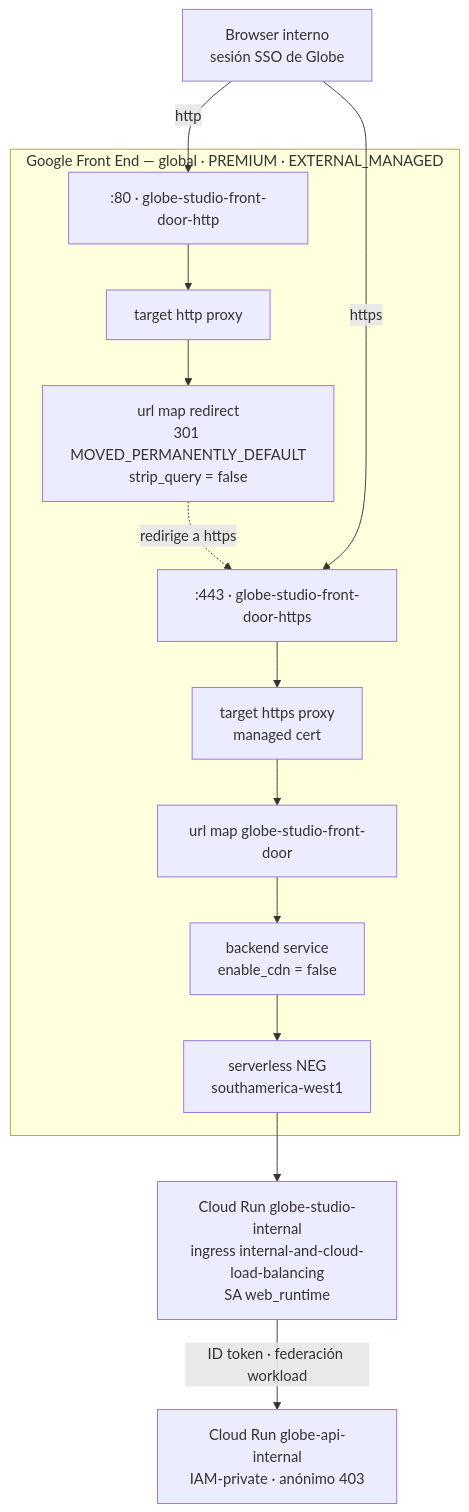
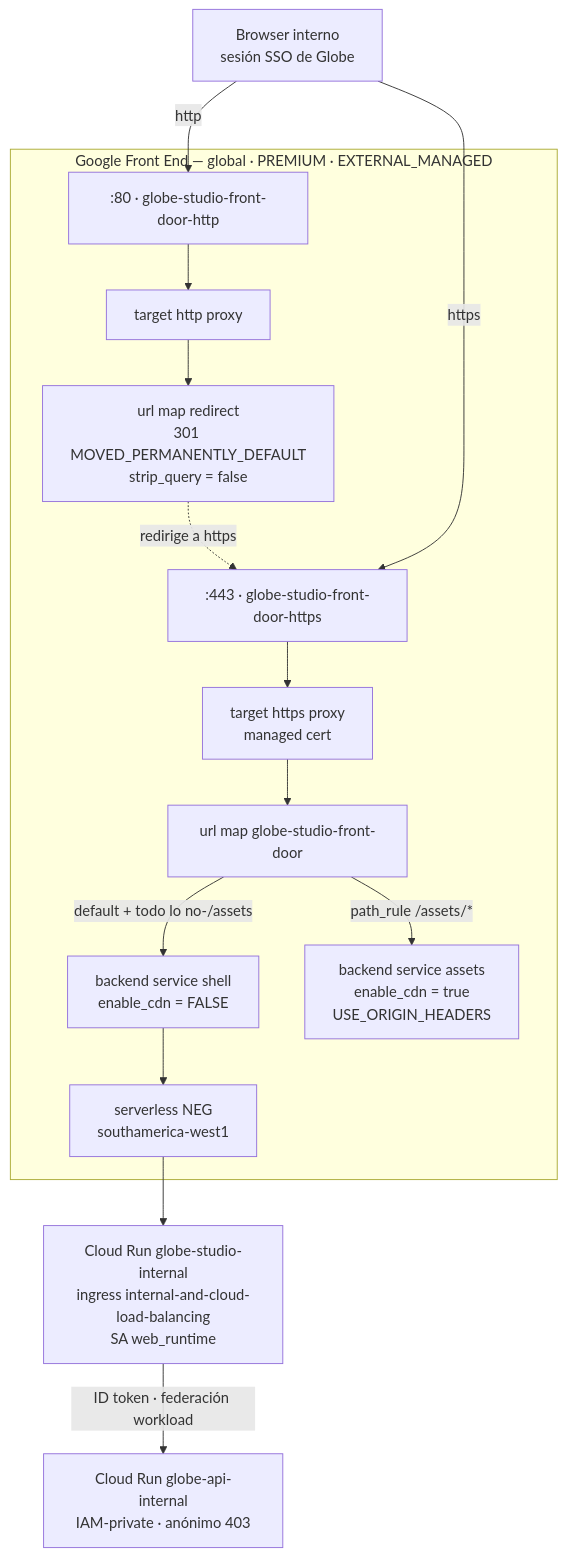
The diagram in docs/architecture/creative-studio/EFEONCE_GLOBE_INTERNAL_FRONT_DOOR_V1.md (efeoncepro/greenhouse-eo), drawn with Mermaid before and after one commit. The commit also changed other lines of this file and 3 other files, not shown here.

```diff
--- a/docs/architecture/creative-studio/EFEONCE_GLOBE_INTERNAL_FRONT_DOOR_V1.md
+++ b/docs/architecture/creative-studio/EFEONCE_GLOBE_INTERNAL_FRONT_DOOR_V1.md
@@ -30,16 +30,17 @@
 ~~~mermaid
 flowchart TB
   B[Browser interno<br/>sesión SSO de Globe]
   subgraph GFE[Google Front End — global · PREMIUM · EXTERNAL_MANAGED]
     FR80[":80 · globe-studio-front-door-http"] --> HP[target http proxy] --> UMR[url map redirect<br/>301 MOVED_PERMANENTLY_DEFAULT<br/>strip_query = false]
     FR443[":443 · globe-studio-front-door-https"] --> SP[target https proxy<br/>managed cert] --> UM[url map globe-studio-front-door]
-    UM --> BS[backend service<br/>enable_cdn = false]
+    UM -->|"default + todo lo no-/assets"| BS[backend service shell<br/>enable_cdn = FALSE]
+    UM -->|"path_rule /assets/*"| BSA[backend service assets<br/>enable_cdn = true<br/>USE_ORIGIN_HEADERS]
     BS --> NEG[serverless NEG<br/>southamerica-west1]
   end
   B -->|http| FR80
   UMR -.->|redirige a https| FR443
   B -->|https| FR443
   NEG --> CR[Cloud Run globe-studio-internal<br/>ingress internal-and-cloud-load-balancing<br/>SA web_runtime]
   API[Cloud Run globe-api-internal<br/>IAM-private · anónimo 403]
   CR -->|ID token · federación workload| API
 ~~~
```
